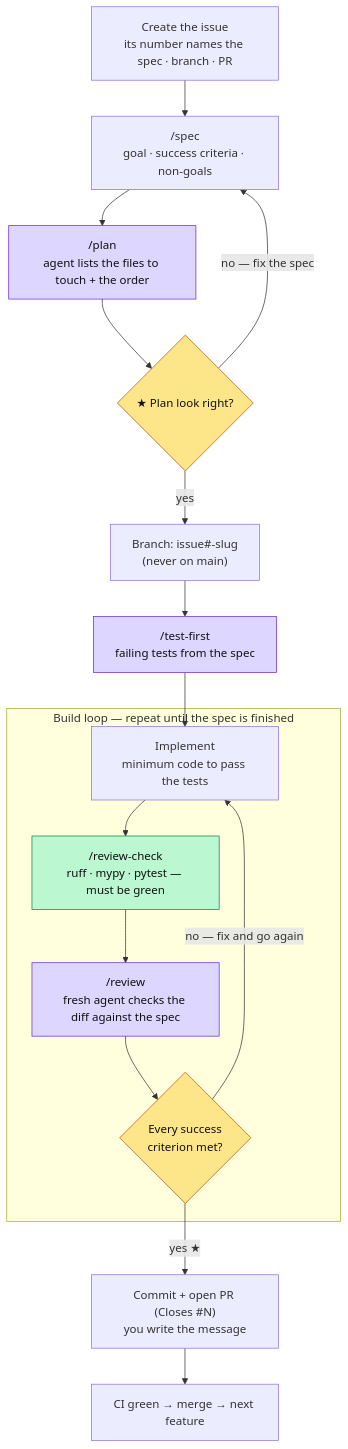
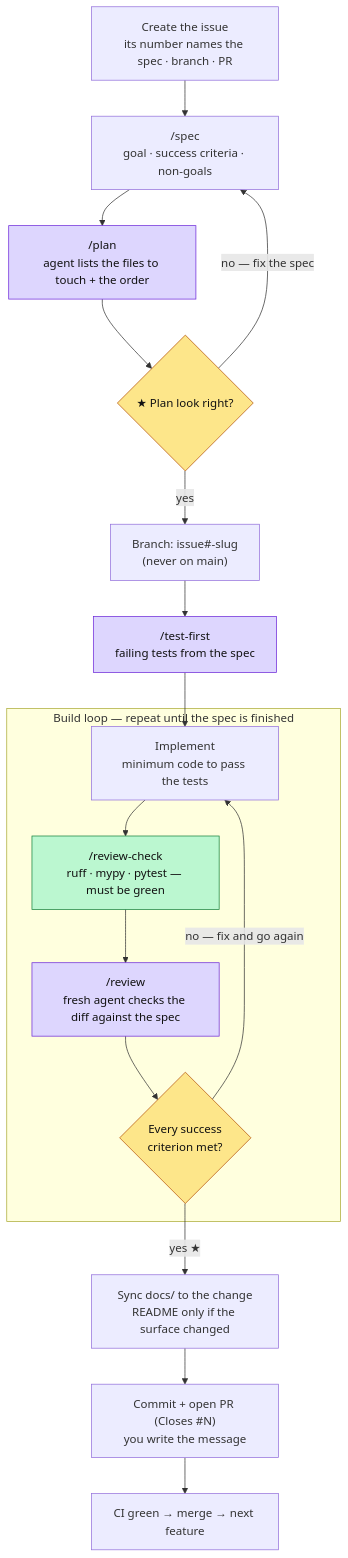
The third of 6 diagrams in python/docs/workflow-diagram.md (bbirkinbine/agentic-scaffold), drawn with Mermaid before and after one commit. The commit also changed 5 other files, not shown here.

````diff
--- a/python/docs/workflow-diagram.md
+++ b/python/docs/workflow-diagram.md
@@ -117,29 +117,30 @@
 ```mermaid
 flowchart TD
     ISS["Create the issue<br/>its number names the spec · branch · PR"]
     ISS --> SPEC["/spec<br/>goal · success criteria · non-goals"]
     SPEC --> PLAN["/plan<br/>agent lists the files to touch + the order"]
     PLAN --> OK1{"★ Plan look right?"}
     OK1 -->|"no — fix the spec"| SPEC
     OK1 -->|yes| BR["Branch: issue#-slug<br/>(never on main)"]
     BR --> TF["/test-first<br/>failing tests from the spec"]
     TF --> IMPL
 
     subgraph LOOP["Build loop — repeat until the spec is finished"]
       IMPL["Implement<br/>minimum code to pass the tests"]
       IMPL --> CHK["/review-check<br/>ruff · mypy · pytest — must be green"]
       CHK --> REV["/review<br/>fresh agent checks the diff against the spec"]
       REV --> DONE{"Every success<br/>criterion met?"}
       DONE -->|"no — fix and go again"| IMPL
     end
 
-    DONE -->|"yes ★"| SHIP["Commit + open PR (Closes #N)<br/>you write the message"]
+    DONE -->|"yes ★"| DOCS["Sync docs/ to the change<br/>README only if the surface changed"]
+    DOCS --> SHIP["Commit + open PR (Closes #N)<br/>you write the message"]
     SHIP --> MERGE["CI green → merge → next feature"]
 
     classDef checkpoint fill:#fde68a,stroke:#b45309,color:#111;
     classDef gate fill:#bbf7d0,stroke:#15803d,color:#111;
     classDef subagent fill:#ddd6fe,stroke:#6d28d9,color:#111;
     class OK1,DONE checkpoint;
     class CHK gate;
     class PLAN,TF,REV subagent;
 ```
````
